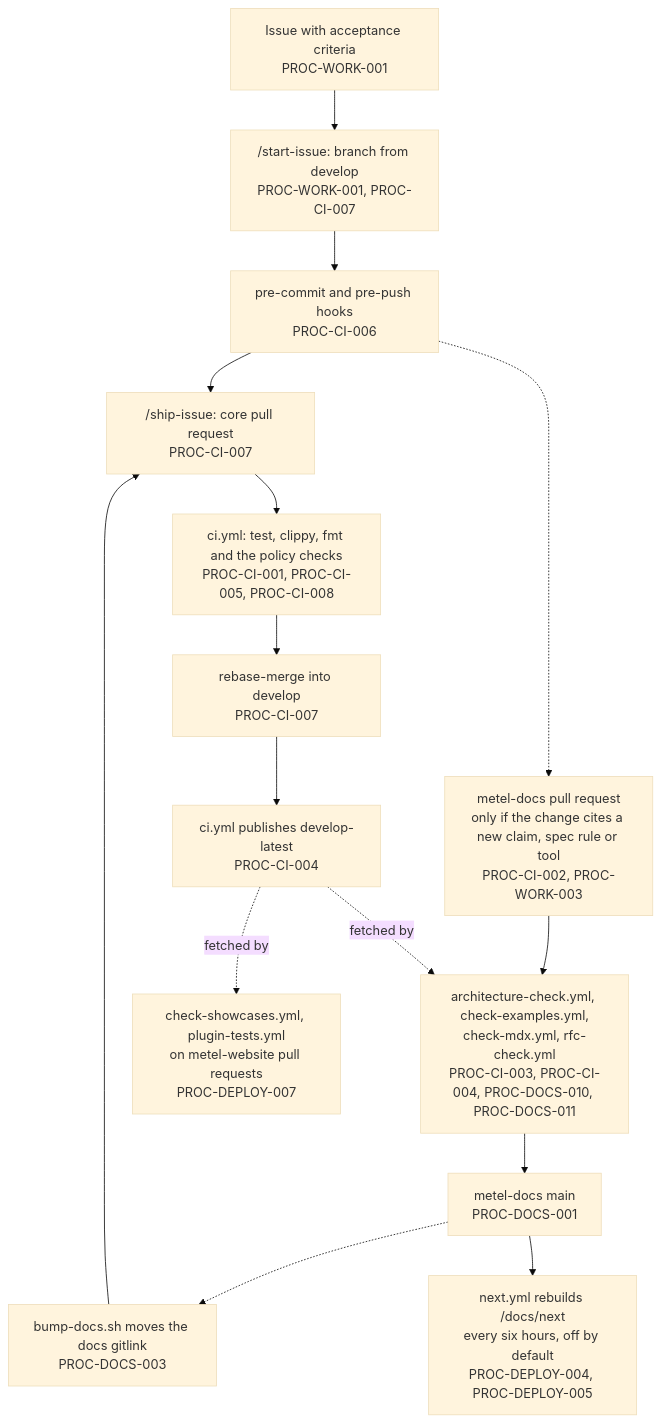
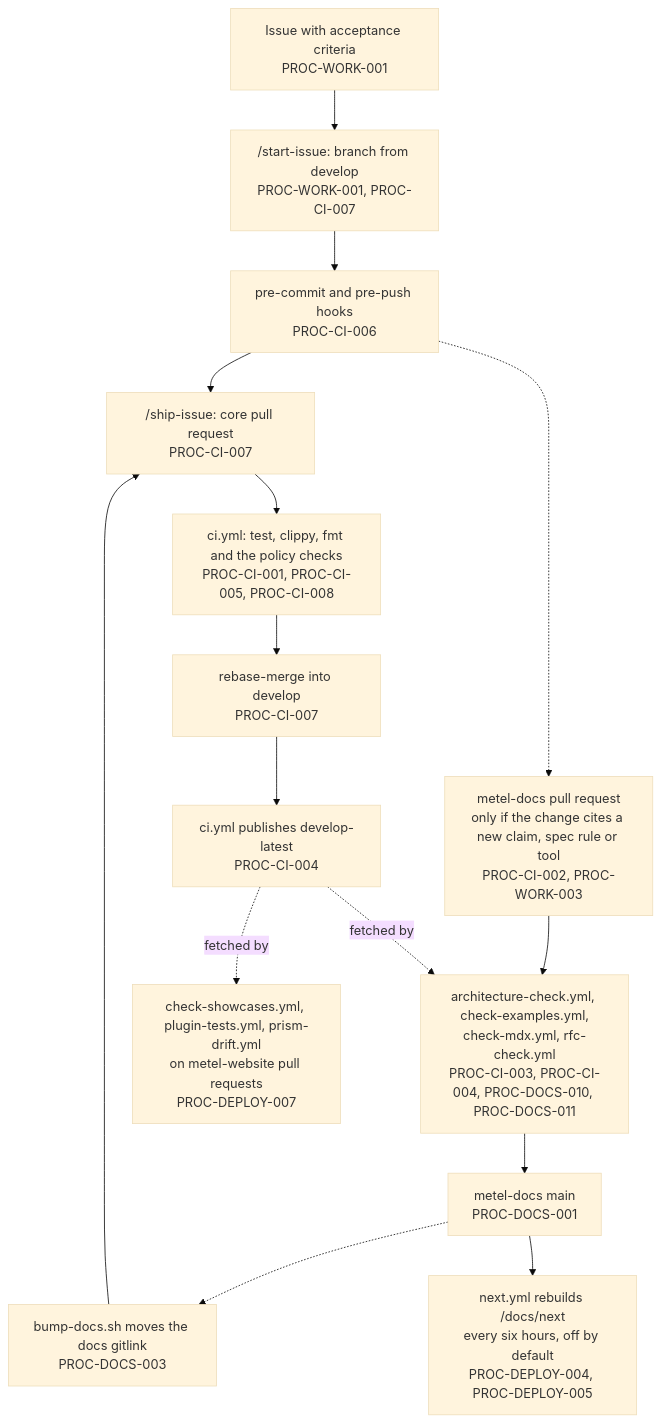
One commit to metel-lang/metel-docs changed the first of 2 diagrams in operations/flows.md. Above: the diagram before and after it, drawn with Mermaid (base theme). The commit also changed 2 other files, not shown here.

Commit message:
Operations: map the Prism drift check (prism-drift.yml, check-prism-drift.mjs)

````diff
--- a/operations/flows.md
+++ b/operations/flows.md
@@ -21,26 +21,26 @@
 ```mermaid
 flowchart TD
     issue["Issue with acceptance criteria<br/>PROC-WORK-001"]
     start["/start-issue: branch from develop<br/>PROC-WORK-001, PROC-CI-007"]
     local["pre-commit and pre-push hooks<br/>PROC-CI-006"]
     docsPr["metel-docs pull request<br/>only if the change cites a new claim, spec rule or tool<br/>PROC-CI-002, PROC-WORK-003"]
     docsCi["architecture-check.yml, check-examples.yml,<br/>check-mdx.yml, rfc-check.yml<br/>PROC-CI-003, PROC-CI-004, PROC-DOCS-010, PROC-DOCS-011"]
     docsMain["metel-docs main<br/>PROC-DOCS-001"]
     bump["bump-docs.sh moves the docs gitlink<br/>PROC-DOCS-003"]
     ship["/ship-issue: core pull request<br/>PROC-CI-007"]
     coreCi["ci.yml: test, clippy, fmt and the policy checks<br/>PROC-CI-001, PROC-CI-005, PROC-CI-008"]
     develop["rebase-merge into develop<br/>PROC-CI-007"]
     rolling["ci.yml publishes develop-latest<br/>PROC-CI-004"]
-    siteCi["check-showcases.yml, plugin-tests.yml<br/>on metel-website pull requests<br/>PROC-DEPLOY-007"]
+    siteCi["check-showcases.yml, plugin-tests.yml, prism-drift.yml<br/>on metel-website pull requests<br/>PROC-DEPLOY-007"]
     next["next.yml rebuilds /docs/next<br/>every six hours, off by default<br/>PROC-DEPLOY-004, PROC-DEPLOY-005"]
 
     issue --> start --> local
     local --> ship
     local -.-> docsPr
     docsPr --> docsCi --> docsMain
     docsMain -.-> bump --> ship
     ship --> coreCi --> develop --> rolling
     rolling -. "fetched by" .-> docsCi
     rolling -. "fetched by" .-> siteCi
     docsMain --> next
 ```
````
